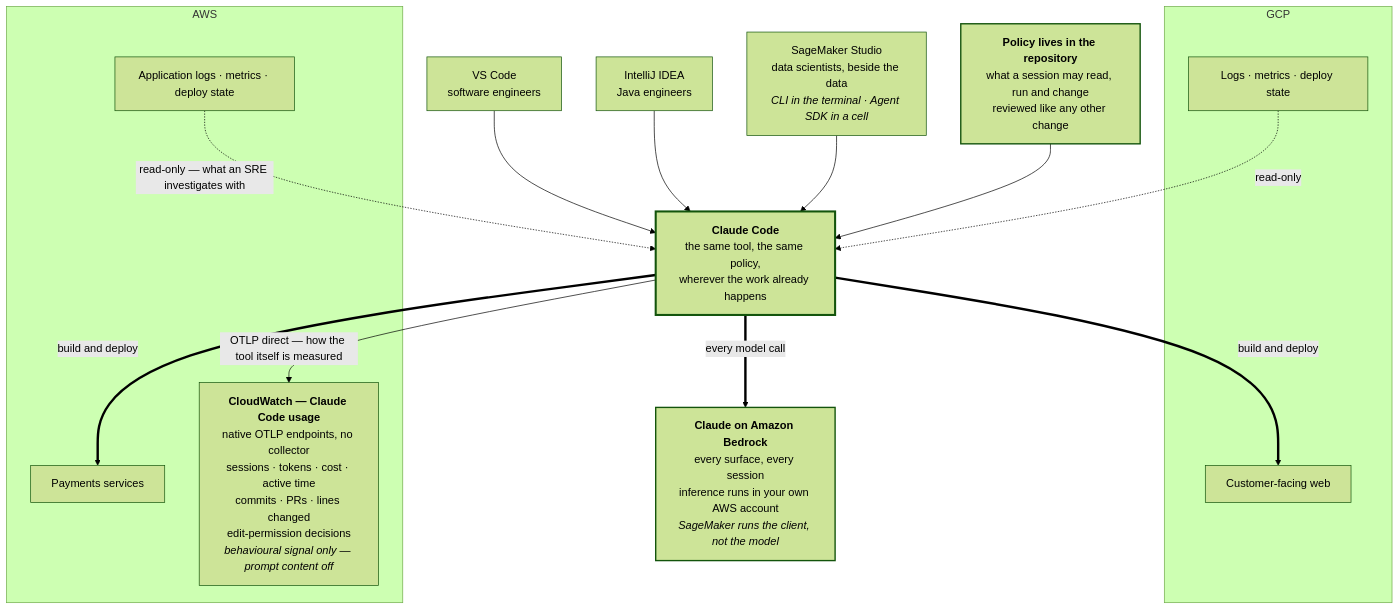
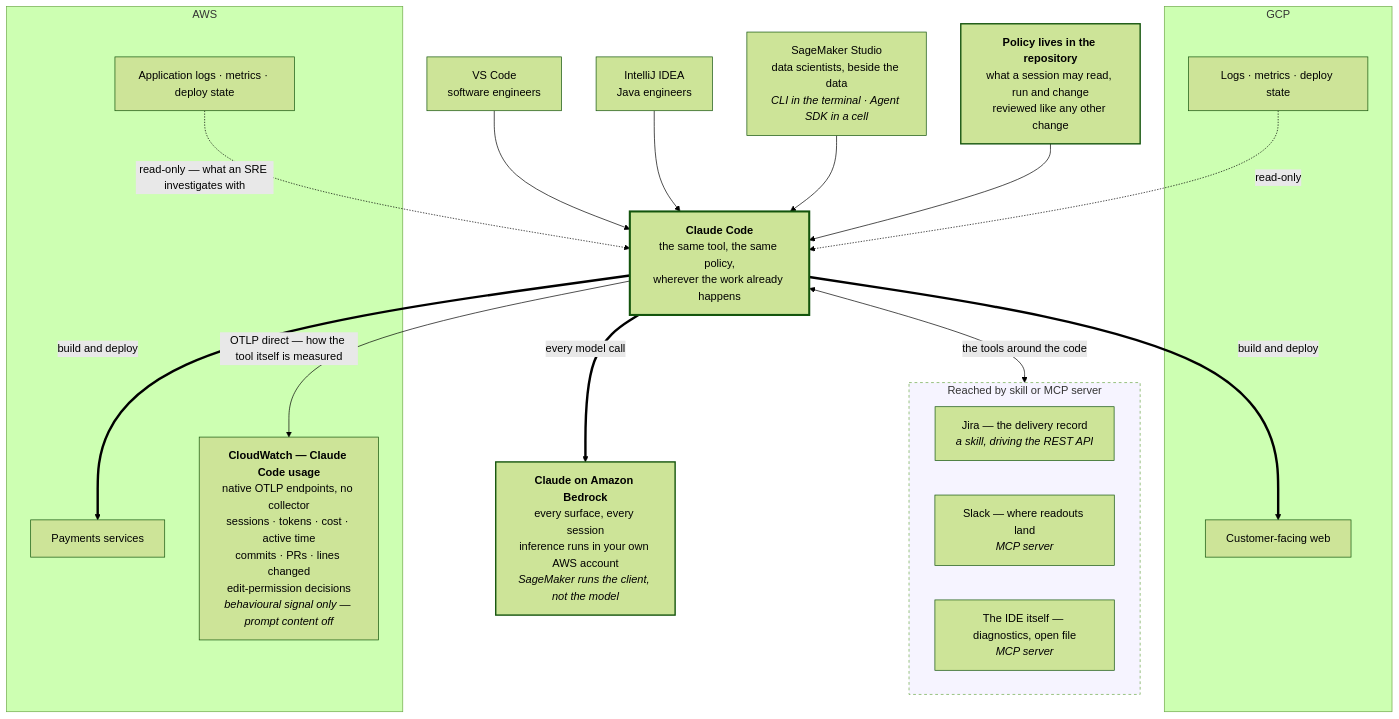
One commit to congmingwudi/ft-architecture changed the diagram in src/overview-redacted.mmd. Above: the diagram before and after it, drawn with Mermaid (forest theme). The commit also changed 4 other files, not shown here.

Commit message:
Rebuild architecture page — 2026-08-21

```diff
--- a/src/overview-redacted.mmd
+++ b/src/overview-redacted.mmd
@@ -1,35 +1,43 @@
 flowchart TB
   VSC["VS Code<br/>software engineers"]
   IJ["IntelliJ IDEA<br/>Java engineers"]
   SM["SageMaker Studio<br/>data scientists, beside the data<br/><i>CLI in the terminal · Agent SDK in a cell</i>"]
 
   CC["<b>Claude Code</b><br/>the same tool, the same policy,<br/>wherever the work already happens"]
 
   BR["<b>Claude on Amazon Bedrock</b><br/>every surface, every session<br/>inference runs in your own AWS account<br/><i>SageMaker runs the client, not the model</i>"]
   POL["<b>Policy lives in the repository</b><br/>what a session may read, run and change<br/>reviewed like any other change"]
 
   subgraph GCP["GCP"]
     GCPAPP["Customer-facing web"]
     GCPOBS["Logs · metrics · deploy state"]
   end
   subgraph AWS["AWS"]
     AWSAPP["Payments services"]
     AWSOBS["Application logs · metrics · deploy state"]
     CWCC["<b>CloudWatch — Claude Code usage</b><br/>native OTLP endpoints, no collector<br/>sessions · tokens · cost · active time<br/>commits · PRs · lines changed<br/>edit-permission decisions<br/><i>behavioural signal only — prompt content off</i>"]
   end
 
   VSC --> CC
   IJ --> CC
   SM --> CC
+  subgraph TOOLING["Reached by skill or MCP server"]
+    JIRA["Jira — the delivery record<br/><i>a skill, driving the REST API</i>"]
+    SLACK["Slack — where readouts land<br/><i>MCP server</i>"]
+    IDEMCP["The IDE itself — diagnostics, open file<br/><i>MCP server</i>"]
+  end
+
   POL --> CC
+  CC <-->|"the tools around the code"| TOOLING
   CC ==>|"every model call"| BR
   CC ==>|"build and deploy"| AWSAPP
   CC ==>|"build and deploy"| GCPAPP
   CC -->|"OTLP direct — how the tool itself is measured"| CWCC
   AWSOBS -.->|"read-only — what an SRE investigates with"| CC
   GCPOBS -.->|"read-only"| CC
 
+  style TOOLING fill:#f6f4ff,stroke-dasharray:4
   classDef hub stroke-width:3px;
   classDef plane stroke-width:2px;
   class CC hub;
   class BR,POL plane;
```
